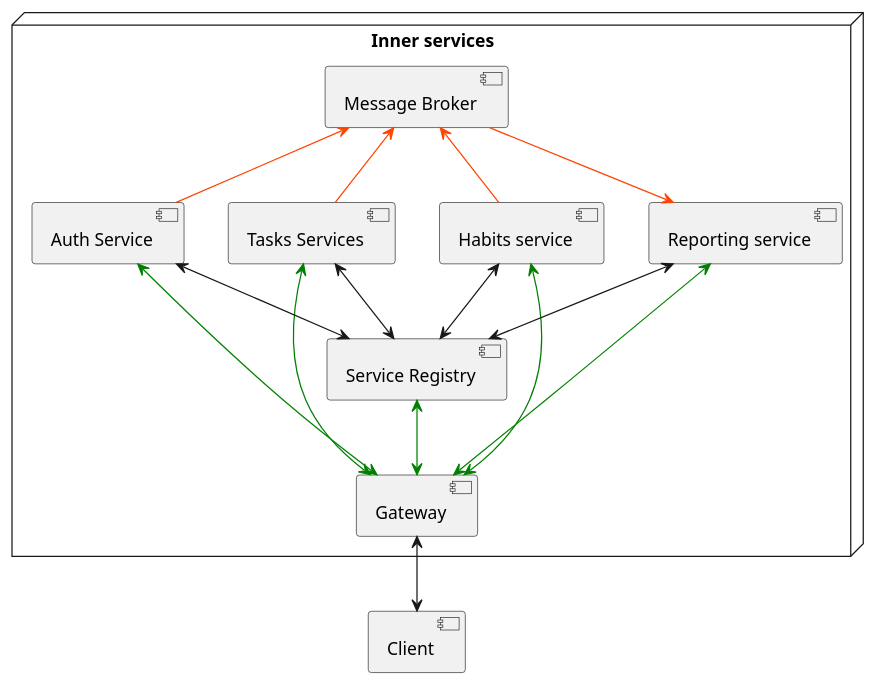
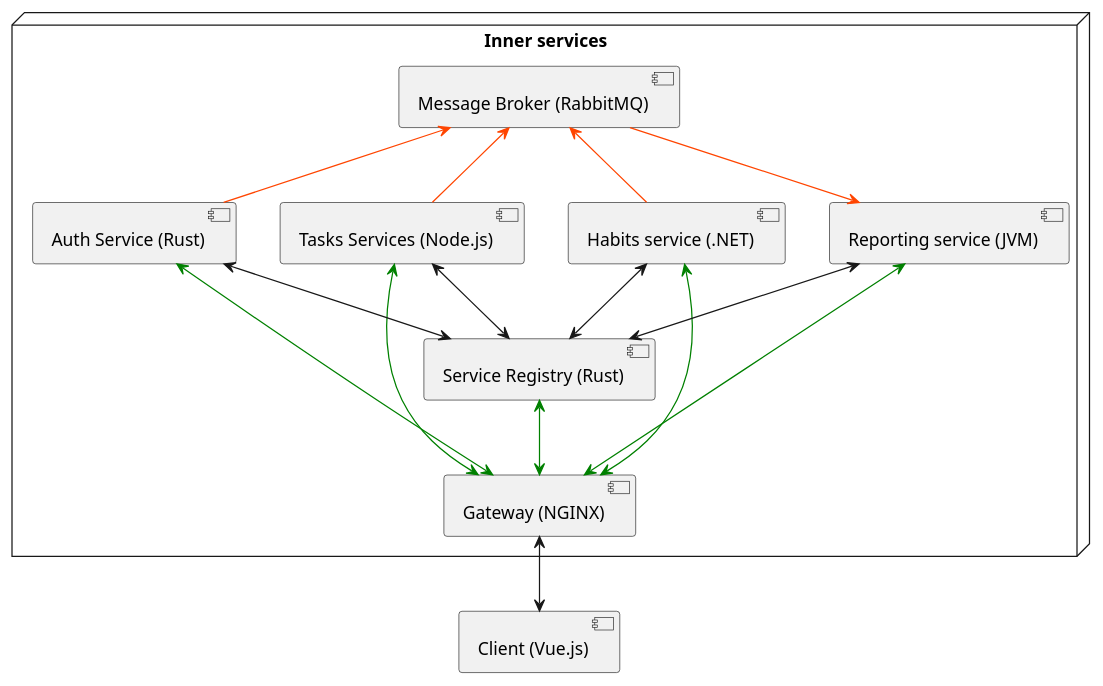
Before and after one commit to miker1423/arch_project: the diagram in diagrams/deployment.puml, drawn with PlantUML. The commit also changed 1 other file, not shown here.

Commit message:
adding last version of diagram

```diff
--- a/diagrams/deployment.puml
+++ b/diagrams/deployment.puml
@@ -1,31 +1,31 @@
 @startuml Deployment Diagram
 
-component "Client" as client
+component "Client (Vue.js)" as client
 node "Inner services" {
-    component "Auth Service" as auth
-    component "Tasks Services" as task
-    component "Habits service" as habits
-    component "Reporting service" as reporting
-    component "Service Registry" as registry
-    component "Message Broker" as broker
-    component "Gateway" as gateway
+    component "Auth Service (Rust)" as auth
+    component "Tasks Services (Node.js)" as task
+    component "Habits service (.NET)" as habits
+    component "Reporting service (JVM)" as reporting
+    component "Service Registry (Rust)" as registry
+    component "Message Broker (RabbitMQ)" as broker
+    component "Gateway (NGINX)" as gateway
 }
 
 client <-up-> gateway
 registry <-[#green]-> gateway
 task <-[#green]-> gateway
 auth <-[#green]-> gateway
 reporting <-[#green]-> gateway
 habits <-[#green]-> gateway
 
 auth <--> registry
 habits <--> registry
 task <--> registry
 reporting <--> registry
 
 broker -[#OrangeRed]-> reporting
 broker <-[#OrangeRed]- auth
 broker <-[#OrangeRed]- task
 broker <-[#OrangeRed]- habits
 
 @enduml
```
